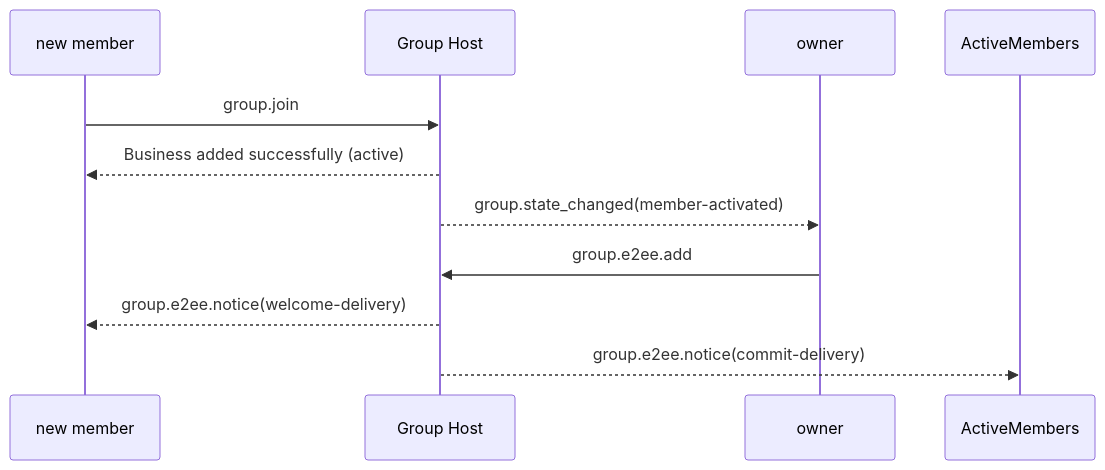
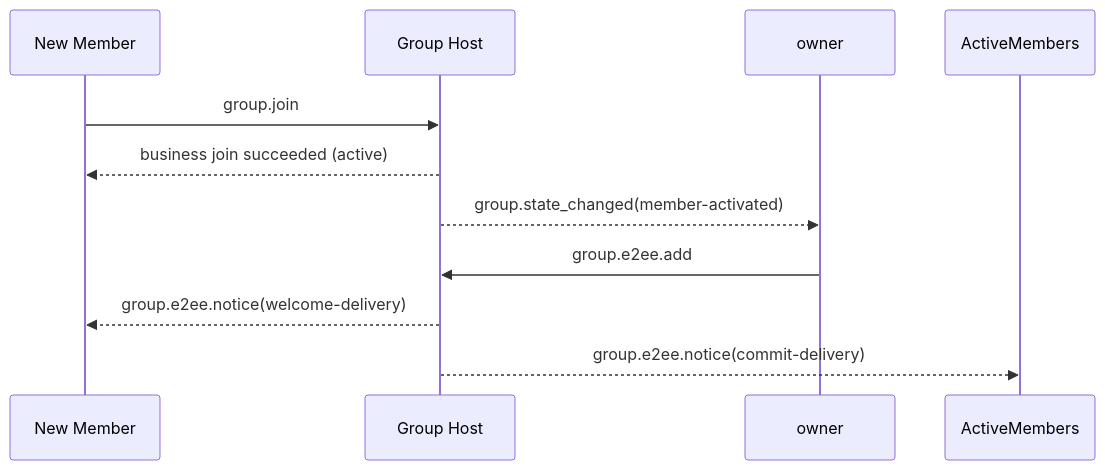
The second of 5 diagrams in message/06-group-end-to-end-encryption.md (NeatNerdPrime/AgentNetworkProtocol), drawn with Mermaid before and after one commit. The commit also changed other lines of this file and 7 other files, not shown here.

````diff
--- a/message/06-group-end-to-end-encryption.md
+++ b/message/06-group-end-to-end-encryption.md
@@ -1332,13 +1340,13 @@
 ```mermaid
 sequenceDiagram
-    participant B as new member
+    participant B as New Member
     participant H as Group Host
     participant O as owner
 
     B->>H: group.join
-    H-->>B: Business added successfully (active)
+    H-->>B: business join succeeded (active)
     H-->>O: group.state_changed(member-activated)
     O->>H: group.e2ee.add
     H-->>B: group.e2ee.notice(welcome-delivery)
     H-->>ActiveMembers: group.e2ee.notice(commit-delivery)
 ```
````
